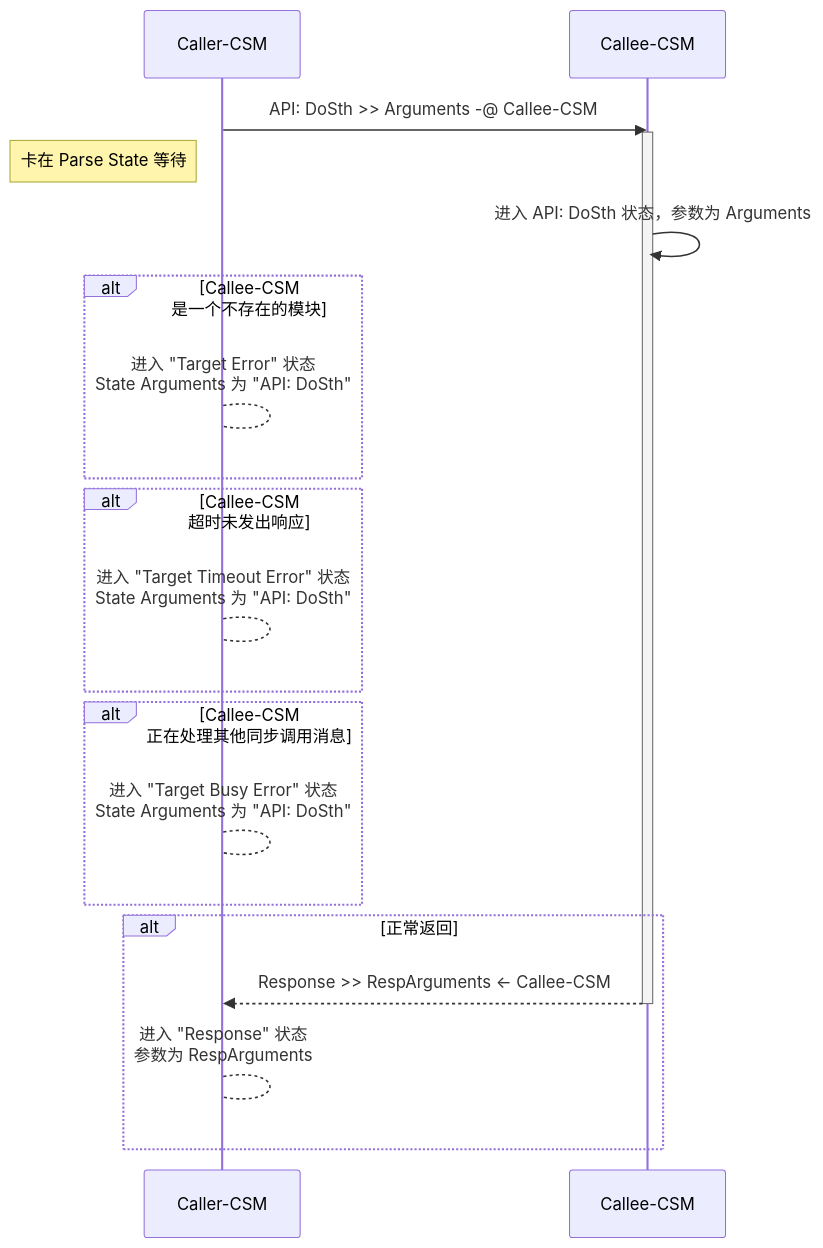
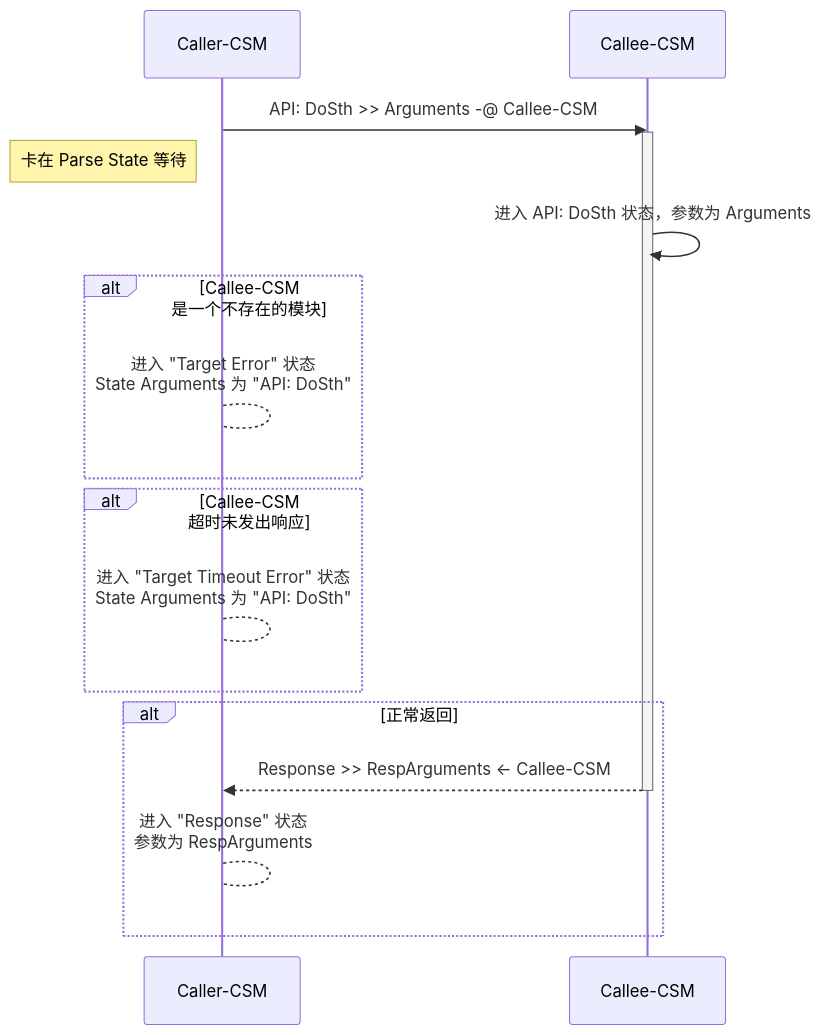
Before and after one commit to NEVSTOP-LAB/Communicable-State-Machine: the diagram in .doc/同步调用.md, drawn with Mermaid. The commit also changed 49 other files, not shown here.

````diff
--- a/.doc/同步调用.md
+++ b/.doc/同步调用.md
@@ -8,28 +8,23 @@
 ``` mermaid
 sequenceDiagram
 Caller-CSM ->> Callee-CSM: API: DoSth >> Arguments -@ Callee-CSM
 activate Callee-CSM
 Note left of Caller-CSM: 卡在 Parse State 等待
 Callee-CSM ->> Callee-CSM: 进入 API: DoSth 状态，参数为 Arguments
 
 alt Callee-CSM 是一个不存在的模块
     Caller-CSM --> Caller-CSM: 进入 "Target Error" 状态 <br/> State Arguments 为 "API: DoSth"
 end
 
 alt Callee-CSM 超时未发出响应
 
     Caller-CSM --> Caller-CSM: 进入 "Target Timeout Error" 状态 <br/> State Arguments 为 "API: DoSth"
-
-end
-
-alt Callee-CSM 正在处理其他同步调用消息
-    Caller-CSM --> Caller-CSM: 进入 "Target Busy Error" 状态 <br/> State Arguments 为 "API: DoSth"
 end
 
 alt 正常返回
     Callee-CSM -->> Caller-CSM : Response >> RespArguments <- Callee-CSM
     deactivate Callee-CSM
     Caller-CSM --> Caller-CSM: 进入 "Response" 状态 <br/> 参数为 RespArguments
 end
 
 ```
````
